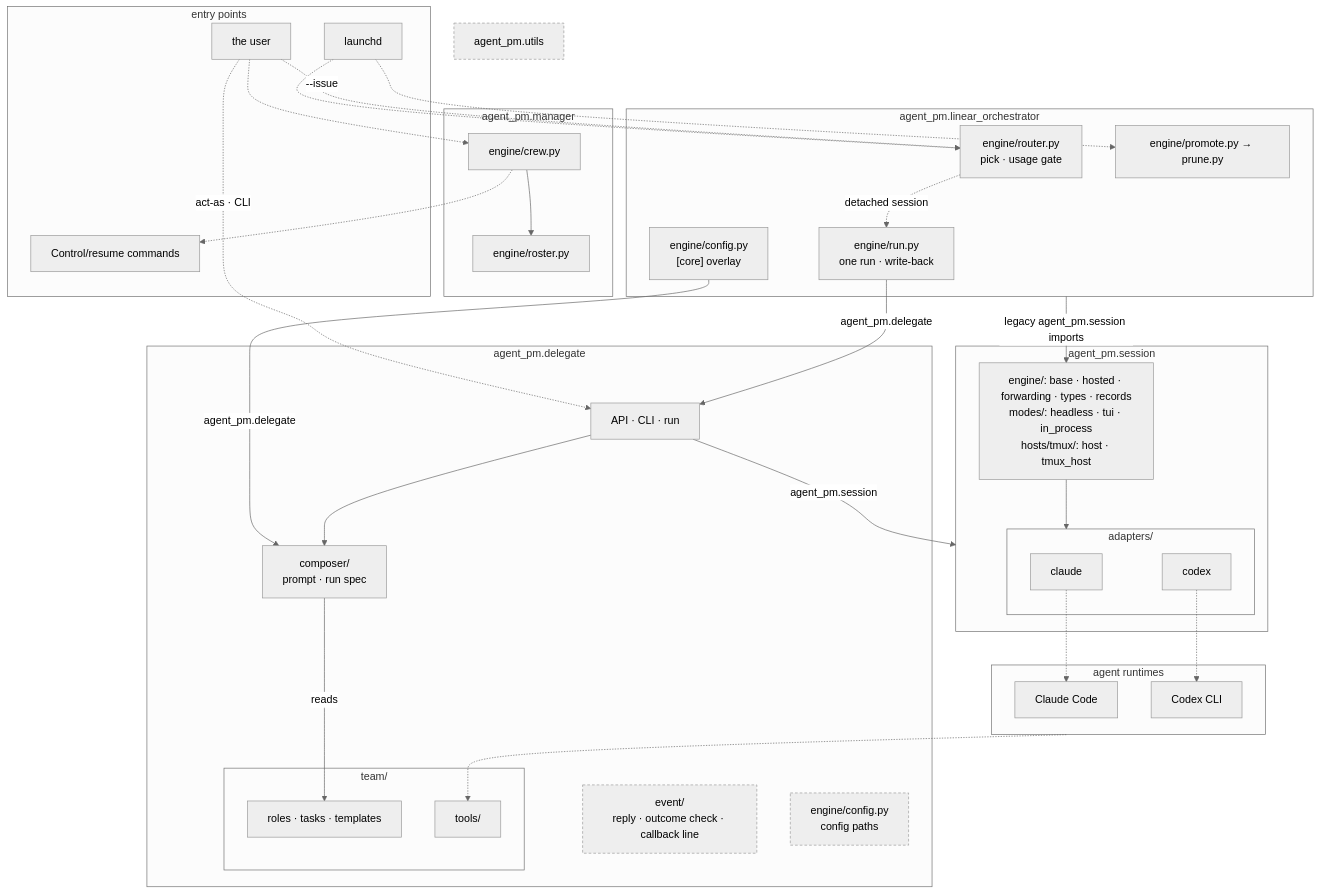
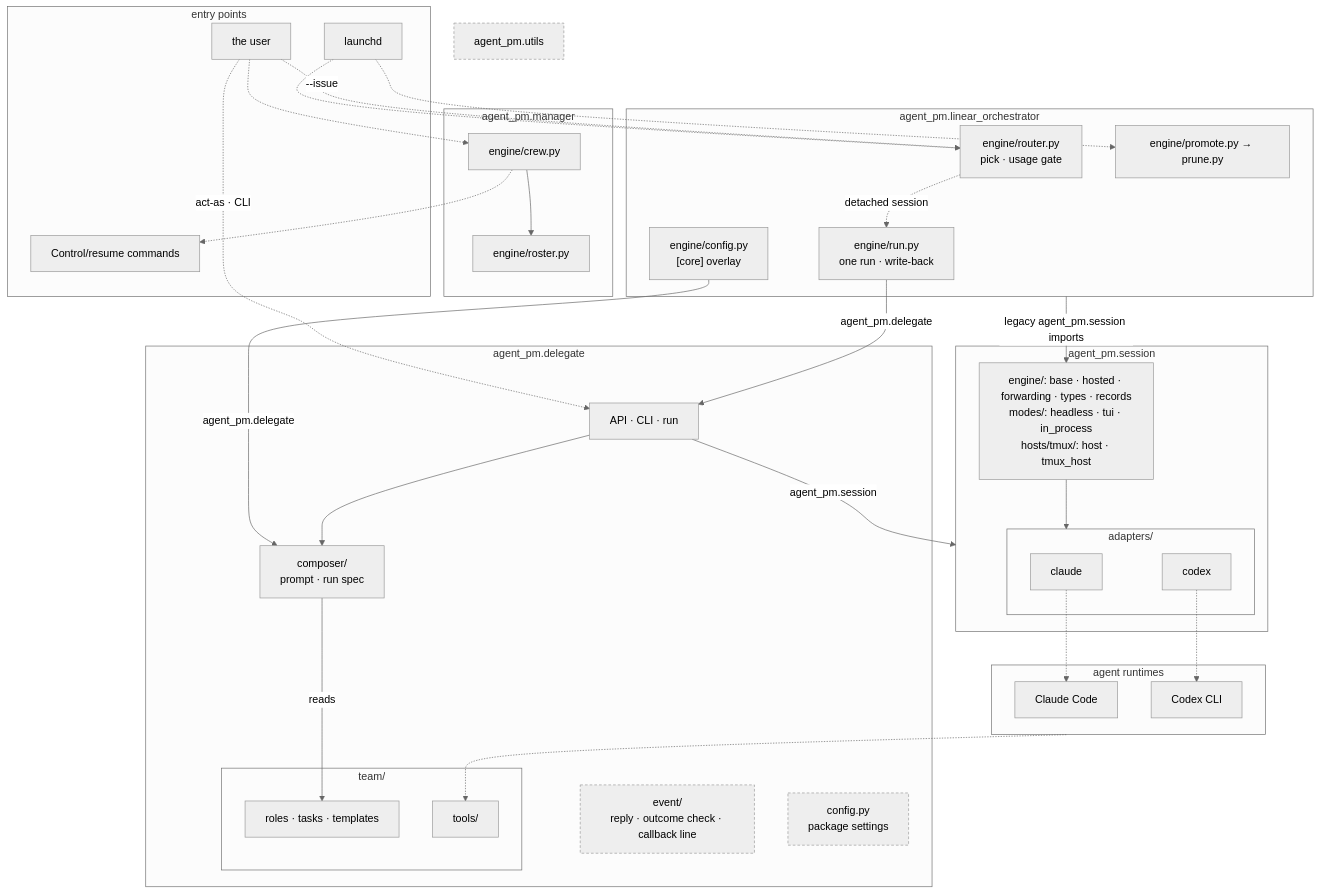
One commit to ophis/agent-pm changed the second of 4 diagrams in README.md. Above: the diagram before and after it, drawn with Mermaid (neutral theme). The commit also changed other lines of this file and 86 other files, not shown here.

````diff
--- a/README.md
+++ b/README.md
@@ -18,57 +18,57 @@
 ```mermaid
 flowchart TB
   subgraph EN[entry points]
     LD[launchd]
     HU[the user]
     CC[Control/resume commands]
   end
   subgraph MG[agent_pm.manager]
     W["engine/crew.py"] --> RS["engine/roster.py"]
   end
   subgraph LO[agent_pm.linear_orchestrator]
     R["engine/router.py<br>pick · usage gate"]
     RU["engine/run.py<br>one run · write-back"]
     PP["engine/promote.py → prune.py"]
     LC["engine/config.py<br>[core] overlay"]
   end
   subgraph DL[agent_pm.delegate]
     D["API · CLI · run"]
     C["composer/<br>prompt · run spec"]
     EV["event/<br>reply · outcome check · callback line"]
-    CF["engine/config.py<br>config paths"]
+    CF["config.py<br>package settings"]
     subgraph TM[team/]
       T["roles · tasks · templates"]
       AT[tools/]
     end
   end
   subgraph SE[agent_pm.session]
     DR["engine/: base · hosted · forwarding · types · records<br>modes/: headless · tui · in_process<br>hosts/tmux/: host · tmux_host"]
     subgraph AD[adapters/]
       CL[claude]
       CX[codex]
     end
   end
   U[agent_pm.utils]
   subgraph RT[agent runtimes]
     P1[Claude Code]
     P2[Codex CLI]
   end
   LD -.-> R & PP
   HU -.->|"--issue"| R
   HU -.->|"act-as · CLI"| D
   HU -.-> W
   R -.->|detached session| RU
   RU -->|agent_pm.delegate| D
   LC -->|agent_pm.delegate| C
   LO -->|"legacy agent_pm.session imports"| DR
   W -.-> CC
   D --> C
   D -->|agent_pm.session| SE
   C -->|reads| T
   DR --> AD
   CL -.-> P1
   CX -.-> P2
   RT -.-> AT
   classDef shared stroke-dasharray: 4 3
   class EV,U,CF shared
 ```
````
